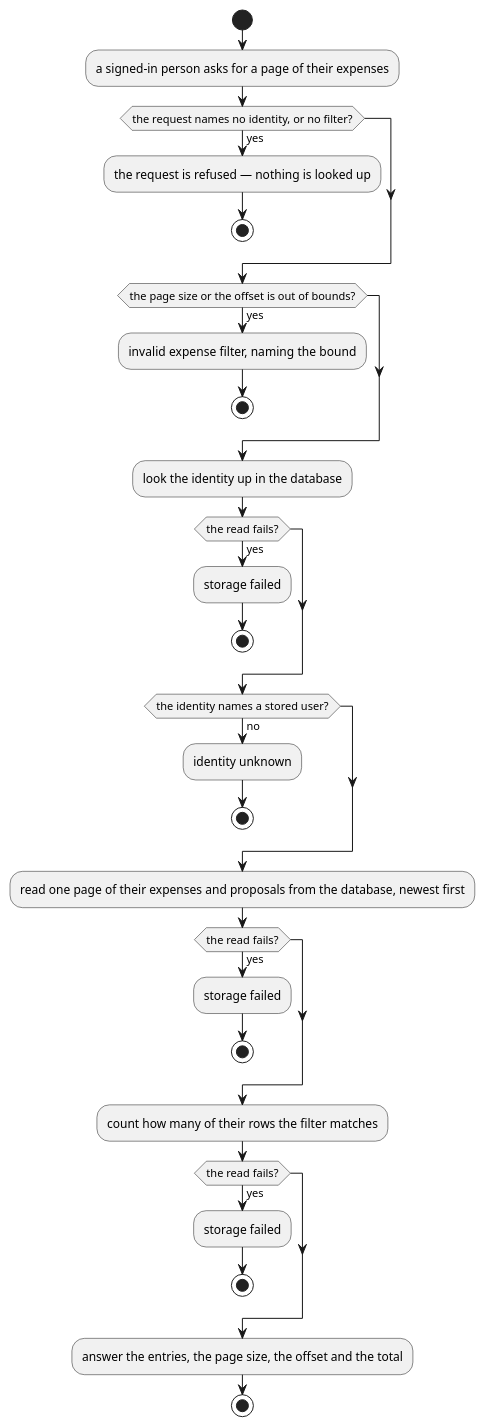
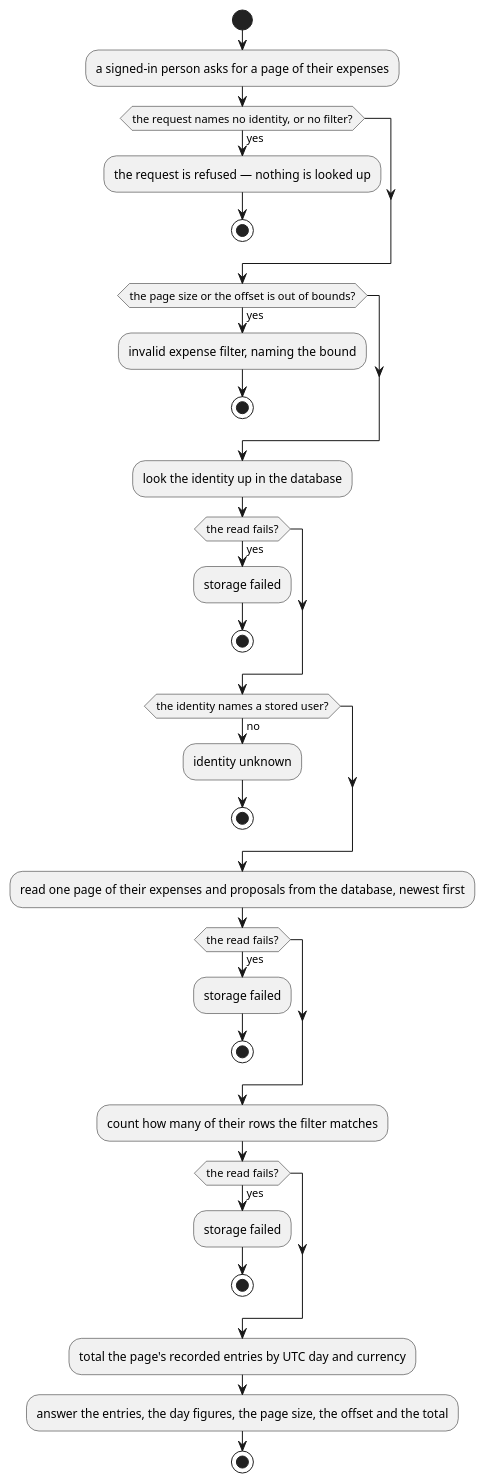
One commit to ds-usova/finance-bot changed the second of 2 diagrams in ledger-service/docs/usecases/browse-expenses.md. Above: the diagram before and after it, drawn with PlantUML. The commit also changed other lines of this file and 4 other files, not shown here.

````diff
--- a/ledger-service/docs/usecases/browse-expenses.md
+++ b/ledger-service/docs/usecases/browse-expenses.md
@@ -93,35 +105,36 @@
 ```plantuml
 @startuml BrowseExpenses-Activity
 start
 :a signed-in person asks for a page of their expenses;
 if (the request names no identity, or no filter?) then (yes)
   :the request is refused — nothing is looked up;
   stop
 endif
 if (the page size or the offset is out of bounds?) then (yes)
   :invalid expense filter, naming the bound;
   stop
 endif
 :look the identity up in the database;
 if (the read fails?) then (yes)
   :storage failed;
   stop
 endif
 if (the identity names a stored user?) then (no)
   :identity unknown;
   stop
 endif
 :read one page of their expenses and proposals from the database, newest first;
 if (the read fails?) then (yes)
   :storage failed;
   stop
 endif
 :count how many of their rows the filter matches;
 if (the read fails?) then (yes)
   :storage failed;
   stop
 endif
-:answer the entries, the page size, the offset and the total;
+:total the page's recorded entries by UTC day and currency;
+:answer the entries, the day figures, the page size, the offset and the total;
 stop
 @enduml
 ```
````
